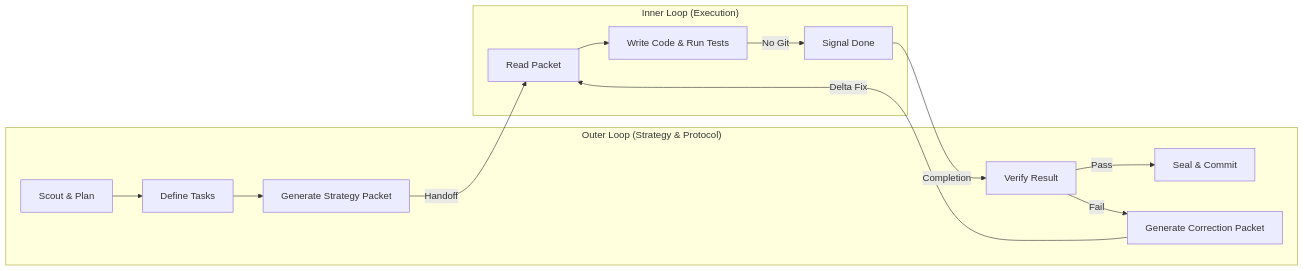
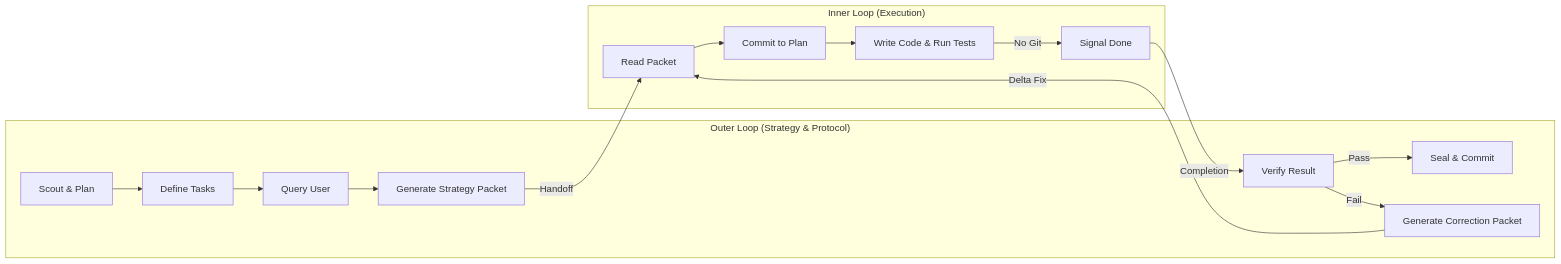
The diagram in plugins/agent-loops/skills/dual-loop/SKILL.md (richfrem/agent-plugins-skills), drawn with Mermaid before and after one commit. The commit also changed other lines of this file and 48 other files, not shown here.

````diff
--- a/plugins/agent-loops/skills/dual-loop/SKILL.md
+++ b/plugins/agent-loops/skills/dual-loop/SKILL.md
@@ -36,18 +36,20 @@
 ```mermaid
 flowchart LR
     subgraph Outer["Outer Loop (Strategy & Protocol)"]
         Scout[Scout & Plan] --> Spec[Define Tasks]
-        Spec --> Packet[Generate Strategy Packet]
+        Spec --> Query[Query User]
+        Query --> Packet[Generate Strategy Packet]
         Verify[Verify Result] -->|Pass| Commit[Seal & Commit]
         Verify -->|Fail| Correct[Generate Correction Packet]
     end
 
     subgraph Inner["Inner Loop (Execution)"]
-        Receive[Read Packet] --> Execute[Write Code & Run Tests]
+        Receive[Read Packet] --> Plan[Commit to Plan]
+        Plan --> Execute[Write Code & Run Tests]
         Execute -->|No Git| Done[Signal Done]
     end
 
     Packet -->|Handoff| Receive
     Done -->|Completion| Verify
     Correct -->|Delta Fix| Receive
 ```
````
